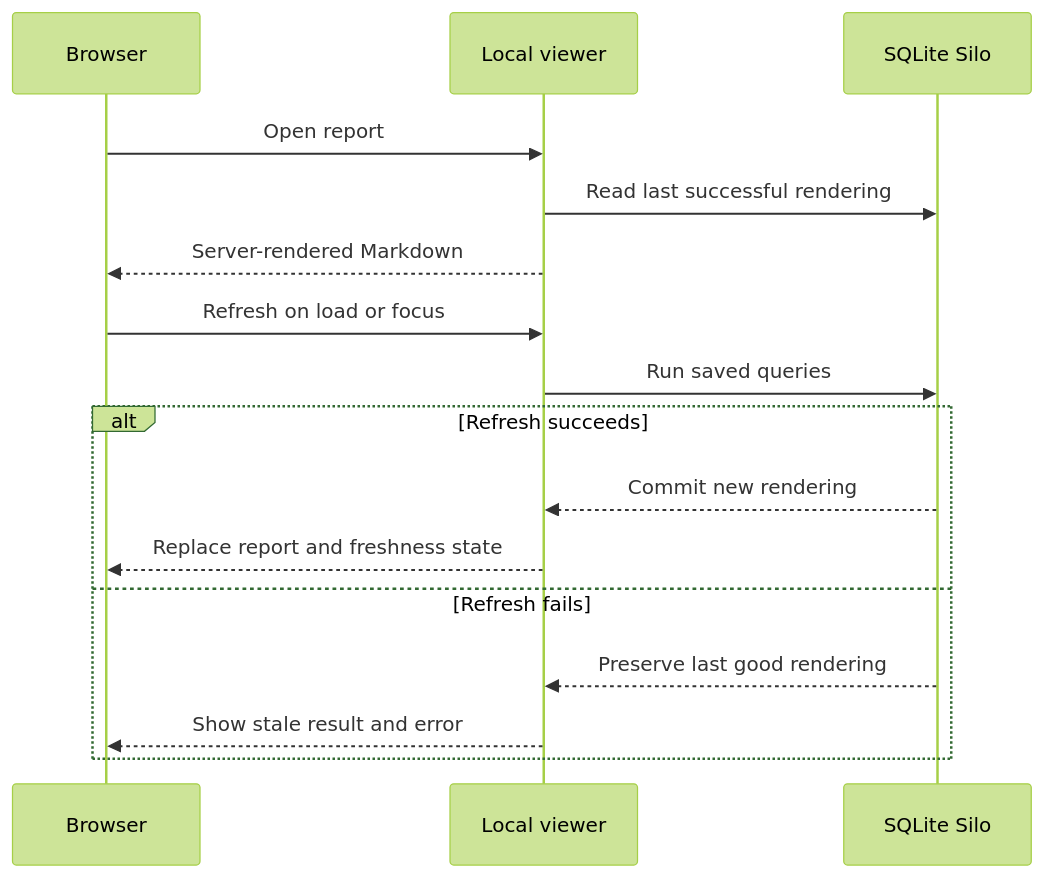
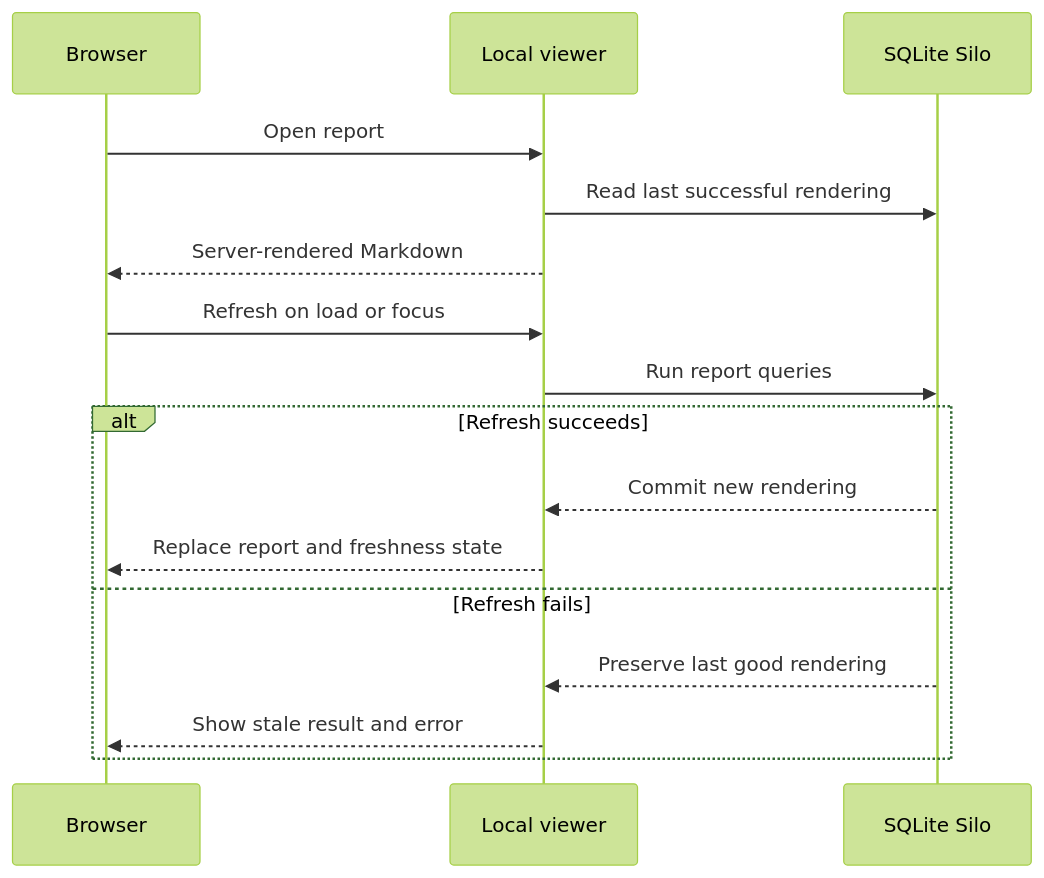
The diagram in docs/guides/publish-a-report.md (silo-ai/silo), drawn with Mermaid (forest theme) before and after one commit. The commit also changed other lines of this file and 13 other files, not shown here.

First line of the commit message:
feat(reports): reuse saved queries

````diff
--- a/docs/guides/publish-a-report.md
+++ b/docs/guides/publish-a-report.md
@@ -67,18 +94,18 @@
 ```mermaid
 sequenceDiagram
   participant Browser
   participant Viewer as Local viewer
   participant Silo as SQLite Silo
   Browser->>Viewer: Open report
   Viewer->>Silo: Read last successful rendering
   Viewer-->>Browser: Server-rendered Markdown
   Browser->>Viewer: Refresh on load or focus
-  Viewer->>Silo: Run saved queries
+  Viewer->>Silo: Run report queries
   alt Refresh succeeds
     Silo-->>Viewer: Commit new rendering
     Viewer-->>Browser: Replace report and freshness state
   else Refresh fails
     Silo-->>Viewer: Preserve last good rendering
     Viewer-->>Browser: Show stale result and error
   end
 ```
````
